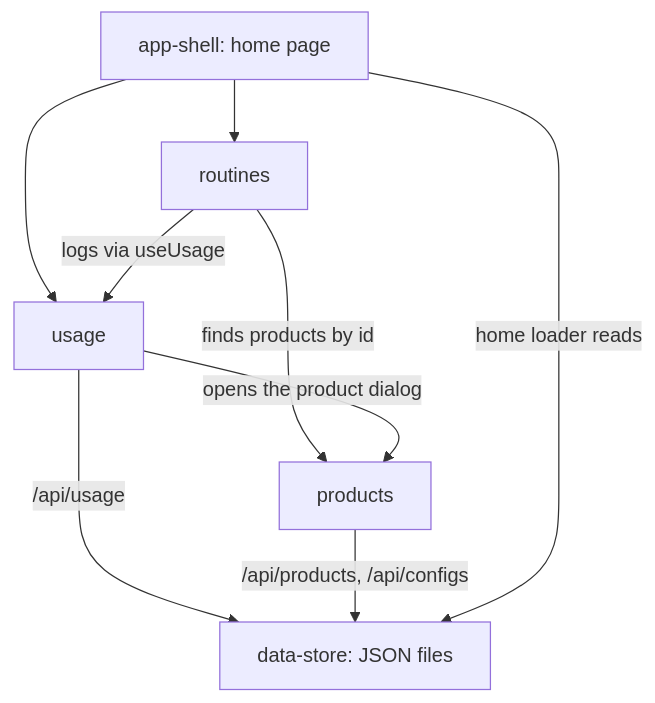
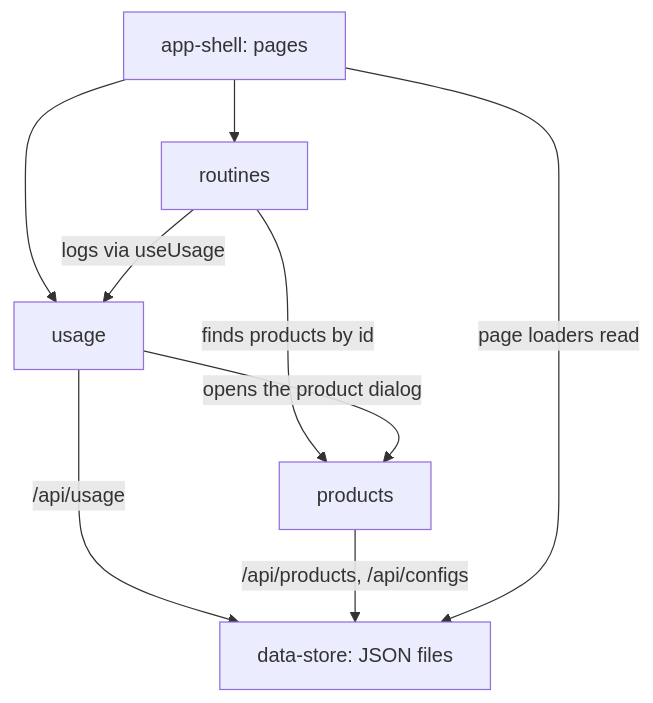
The diagram in docs/high-level-design.md (hilaryzen/beauty-tracker), drawn with Mermaid before and after one commit. The commit also changed other lines of this file and 13 other files, not shown here.

````diff
--- a/docs/high-level-design.md
+++ b/docs/high-level-design.md
@@ -58,11 +58,11 @@
 ```mermaid
 flowchart TD
-  shell[app-shell: home page] --> routines
+  shell[app-shell: pages] --> routines
   shell --> usage
   routines -->|logs via useUsage| usage
   routines -->|finds products by id| products
   usage -->|opens the product dialog| products
   usage -->|/api/usage| store[data-store: JSON files]
   products -->|/api/products, /api/configs| store
-  shell -->|home loader reads| store
+  shell -->|page loaders read| store
 ```
````
